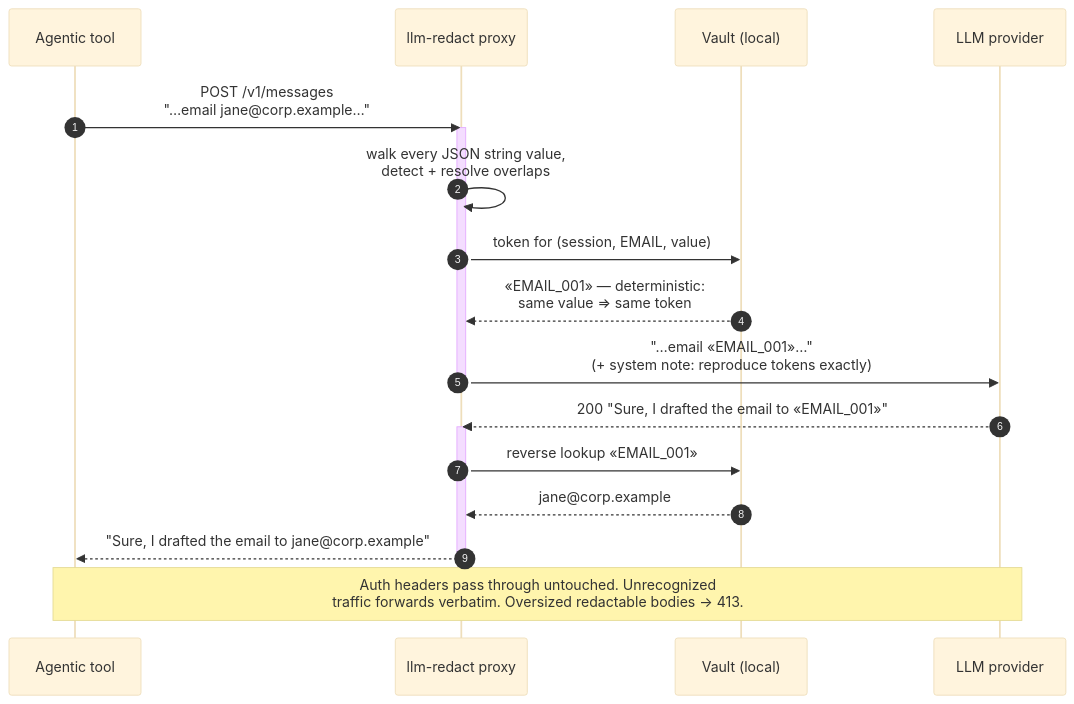
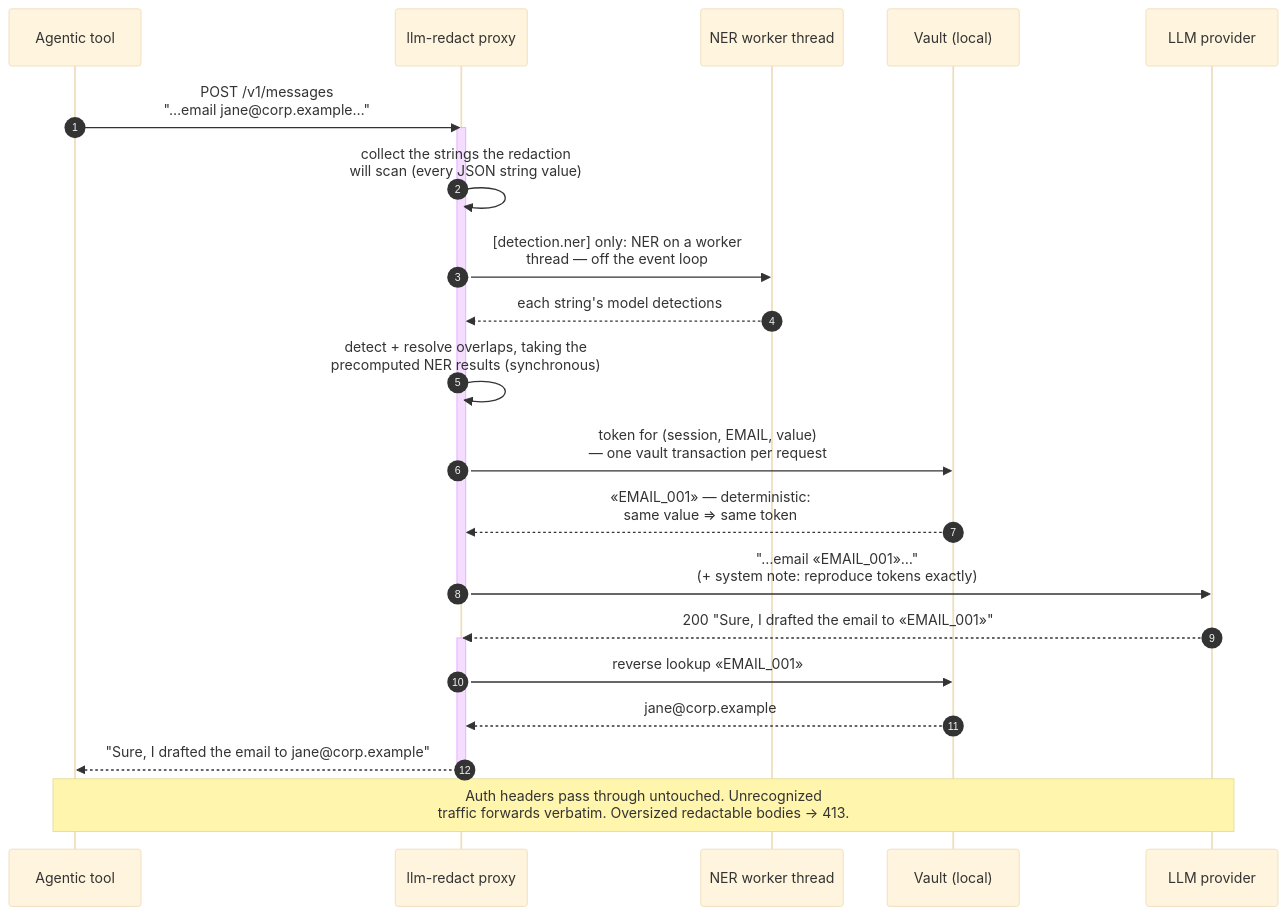
One commit to asanderson/llm-redact changed the diagram in docs/diagrams/sequence-chat.mmd. Above: the diagram before and after it, drawn with Mermaid (base theme). The commit also changed 15 other files, not shown here.

First line of the commit message:
T28d: Diagram and document the off-loop NER path

```diff
--- a/docs/diagrams/sequence-chat.mmd
+++ b/docs/diagrams/sequence-chat.mmd
@@ -1,26 +1,30 @@
 %% Non-streaming request round trip. The provider only ever sees the
 %% placeholder; the tool only ever sees the real value.
 %% Render: scripts/render_diagrams.sh (PNG committed next to this source).
 %% animate: the request/response flow moves; scripts/animate_diagrams.py renders the
 %% animated SVG + GIF committed next to this source (a '%% animate' marker opts in).
 sequenceDiagram
     autonumber
     participant T as Agentic tool
     participant P as llm-redact proxy
+    participant W as NER worker thread
     participant V as Vault (local)
     participant L as LLM provider
 
     T->>P: POST /v1/messages<br/>"…email jane@corp.example…"
     activate P
-    P->>P: walk every JSON string value,<br/>detect + resolve overlaps
-    P->>V: token for (session, EMAIL, value)
+    P->>P: collect the strings the redaction<br/>will scan (every JSON string value)
+    P->>W: [detection.ner] only: NER on a worker<br/>thread — off the event loop
+    W-->>P: each string's model detections
+    P->>P: detect + resolve overlaps, taking the<br/>precomputed NER results (synchronous)
+    P->>V: token for (session, EMAIL, value)<br/>— one vault transaction per request
     V-->>P: «EMAIL_001» — deterministic:<br/>same value ⇒ same token
     P->>L: "…email «EMAIL_001»…"<br/>(+ system note: reproduce tokens exactly)
     deactivate P
     L-->>P: 200 "Sure, I drafted the email to «EMAIL_001»"
     activate P
     P->>V: reverse lookup «EMAIL_001»
     V-->>P: jane@corp.example
     P-->>T: "Sure, I drafted the email to jane@corp.example"
     deactivate P
     Note over T,L: Auth headers pass through untouched. Unrecognized<br/>traffic forwards verbatim. Oversized redactable bodies → 413.
```
